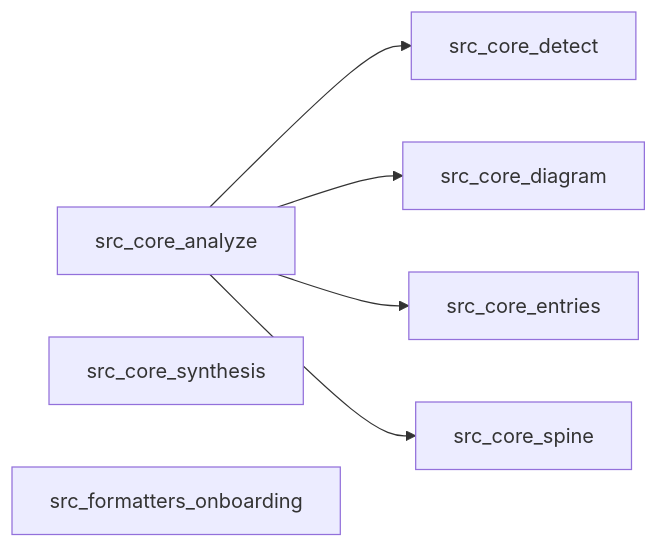
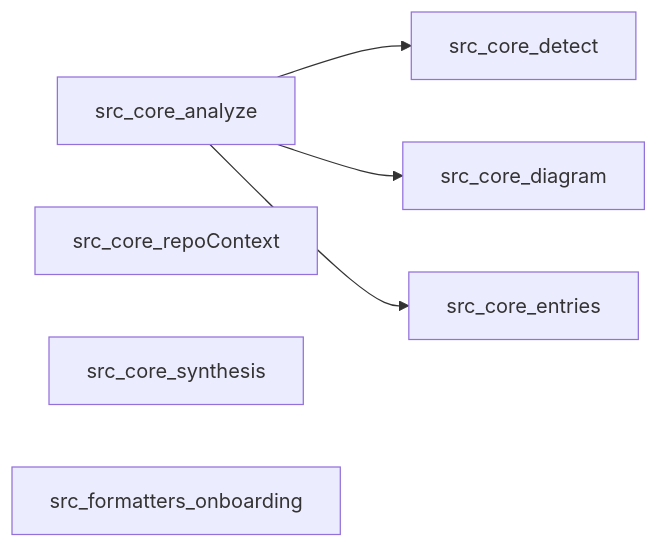
The diagram in ONBOARDING.md (ahmedbutt2015/spine), drawn with Mermaid before and after one commit. The commit also changed other lines of this file and 9 other files, not shown here.

First line of the commit message:
Add per-repo context file writer and Anthropic SDK synthesis client

````diff
--- a/ONBOARDING.md
+++ b/ONBOARDING.md
@@ -7,14 +7,13 @@
 ```mermaid
 flowchart LR
   src_core_analyze
+  src_core_repoContext
   src_core_synthesis
   src_formatters_onboarding
   src_core_detect
   src_core_diagram
   src_core_entries
-  src_core_spine
   src_core_analyze --> src_core_detect
   src_core_analyze --> src_core_diagram
   src_core_analyze --> src_core_entries
-  src_core_analyze --> src_core_spine
 ```
````
